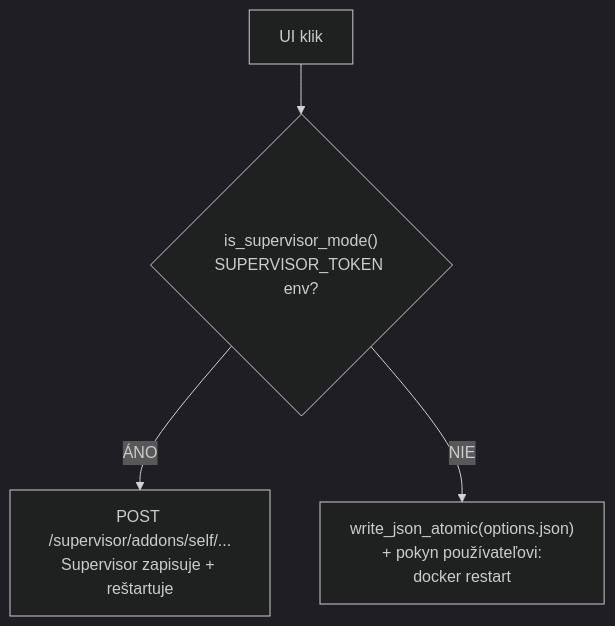
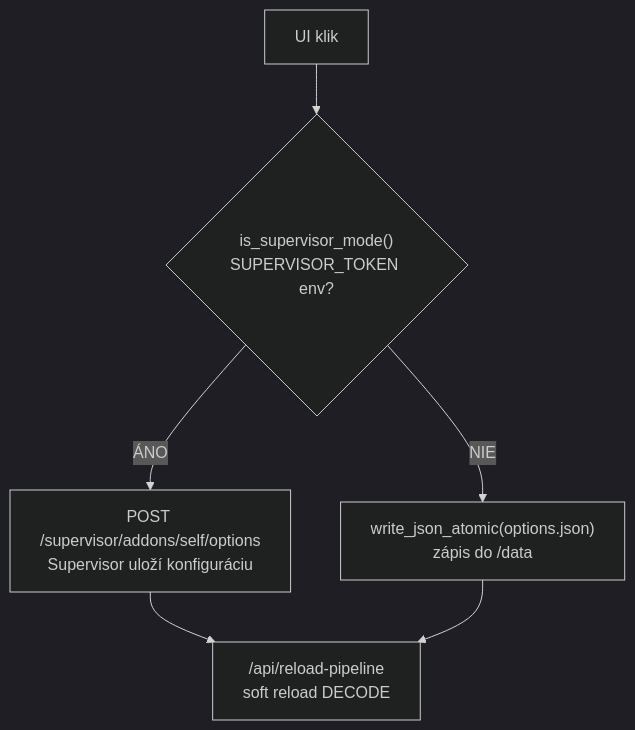
Before and after one commit to Kustonium/homeassistant-wmbus-mqtt-bridge-dev: the sixth of 7 diagrams in docs/README.sk.md, drawn with Mermaid (dark theme). The commit also changed other lines of this file and 6 other files, not shown here.

````diff
--- a/docs/README.sk.md
+++ b/docs/README.sk.md
@@ -674,6 +666,8 @@
 ```mermaid
 flowchart TD
   A["UI klik"] --> B{"is_supervisor_mode()<br/>SUPERVISOR_TOKEN env?"}
-  B -- "ÁNO" --> C["POST /supervisor/addons/self/...<br/>Supervisor zapisuje + reštartuje"]
-  B -- "NIE" --> D["write_json_atomic(options.json)<br/>+ pokyn používateľovi:<br/>docker restart"]
+  B -- "ÁNO" --> C["POST /supervisor/addons/self/options<br/>Supervisor uloží konfiguráciu"]
+  B -- "NIE" --> D["write_json_atomic(options.json)<br/>zápis do /data"]
+  C --> E["/api/reload-pipeline<br/>soft reload DECODE"]
+  D --> E
 ```
````
